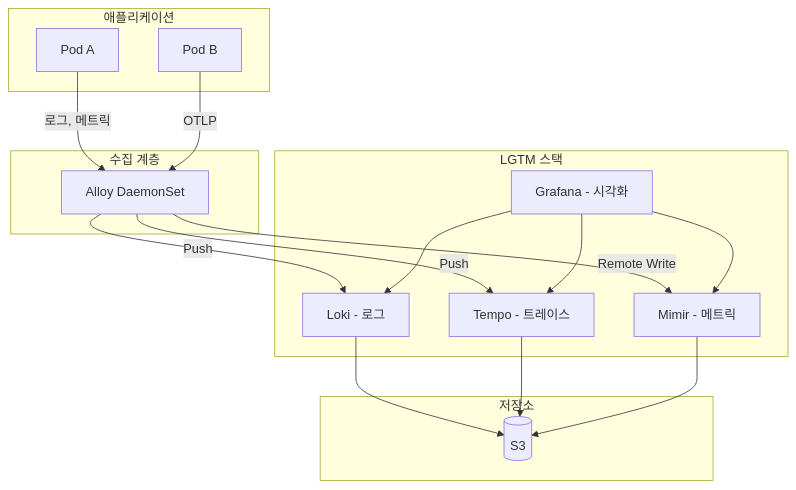
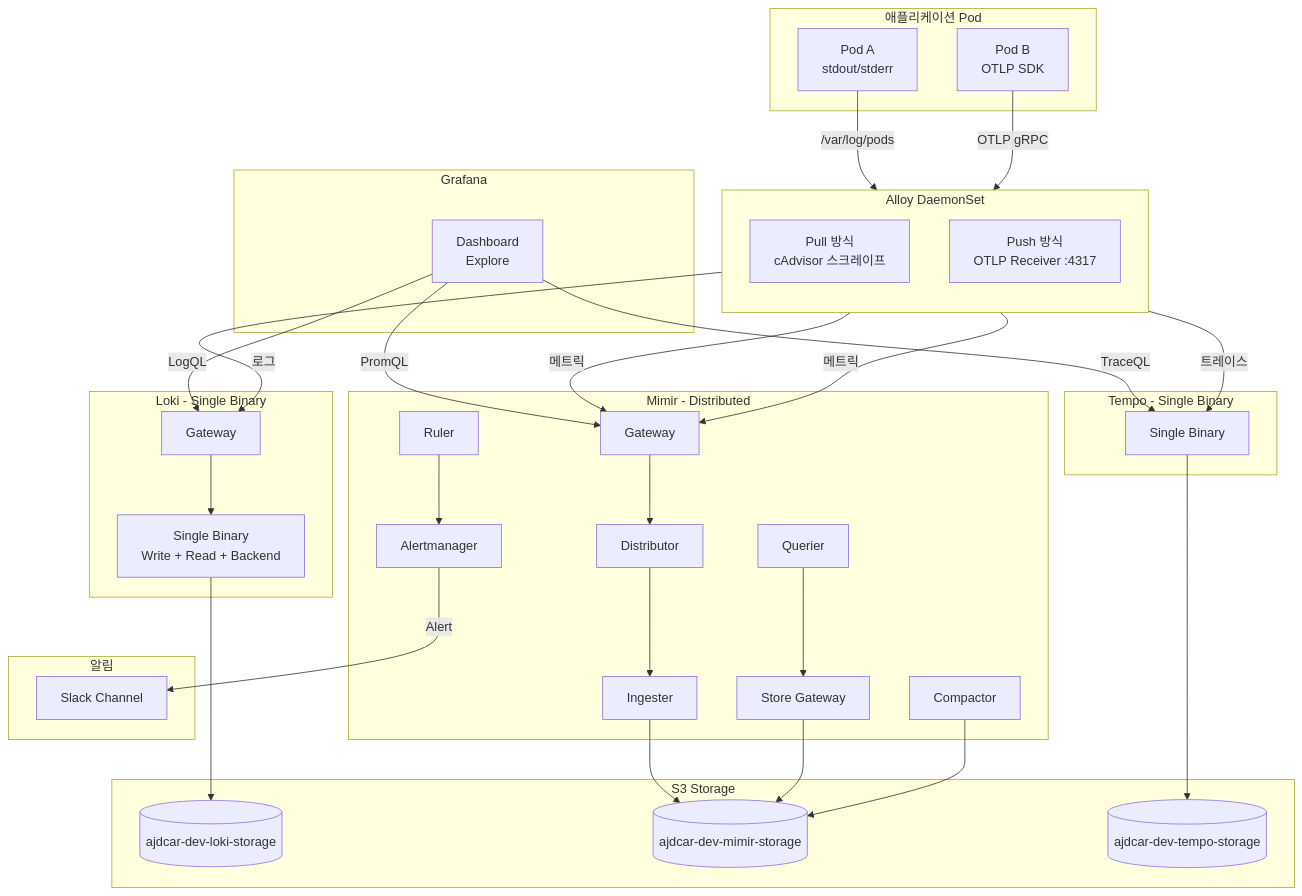
The diagram in content/observability/lgtm-stack.md (kimduksoo/duksoo-tech-blog), drawn with Mermaid before and after one commit.

Commit message:
LGTM 아키텍처 다이어그램 상세화

````diff
--- a/content/observability/lgtm-stack.md
+++ b/content/observability/lgtm-stack.md
@@ -24,34 +24,74 @@
 ```mermaid
 flowchart TB
-    subgraph Apps[애플리케이션]
-        App1[Pod A]
-        App2[Pod B]
+    subgraph Apps[애플리케이션 Pod]
+        App1[Pod A<br/>stdout/stderr]
+        App2[Pod B<br/>OTLP SDK]
     end
 
-    subgraph Collectors[수집 계층]
-        Alloy[Alloy DaemonSet]
+    subgraph Alloy[Alloy DaemonSet]
+        direction TB
+        Pull[Pull 방식<br/>cAdvisor 스크레이프]
+        Push[Push 방식<br/>OTLP Receiver :4317]
     end
 
-    subgraph LGTM[LGTM 스택]
-        Loki[Loki - 로그]
-        Tempo[Tempo - 트레이스]
-        Mimir[Mimir - 메트릭]
-        Grafana[Grafana - 시각화]
+    subgraph Loki[Loki - Single Binary]
+        LokiGW[Gateway]
+        LokiSB[Single Binary<br/>Write + Read + Backend]
     end
 
-    subgraph Storage[저장소]
-        S3[(S3)]
+    subgraph Mimir[Mimir - Distributed]
+        MimirGW[Gateway]
+        Distributor
+        Ingester
+        Querier
+        Compactor
+        StoreGW[Store Gateway]
+        Ruler
+        AM[Alertmanager]
     end
 
-    App1 -->|로그, 메트릭| Alloy
-    App2 -->|OTLP| Alloy
-    Alloy -->|Push| Loki
-    Alloy -->|Push| Tempo
-    Alloy -->|Remote Write| Mimir
-    Loki --> S3
-    Tempo --> S3
-    Mimir --> S3
-    Grafana --> Loki
-    Grafana --> Tempo
-    Grafana --> Mimir
+    subgraph Tempo[Tempo - Single Binary]
+        TempoSB[Single Binary]
+    end
+
+    subgraph Grafana[Grafana]
+        Dashboard[Dashboard<br/>Explore]
+    end
+
+    subgraph S3[S3 Storage]
+        S3Loki[(ajdcar-dev-loki-storage)]
+        S3Mimir[(ajdcar-dev-mimir-storage)]
+        S3Tempo[(ajdcar-dev-tempo-storage)]
+    end
+
+    subgraph Slack[알림]
+        SlackCh[Slack Channel]
+    end
+
+    %% 데이터 흐름
+    App1 -->|/var/log/pods| Pull
+    App2 -->|OTLP gRPC| Push
+
+    Pull -->|메트릭| MimirGW
+    Push -->|트레이스| TempoSB
+    Push -->|로그| LokiGW
+    Push -->|메트릭| MimirGW
+
+    LokiGW --> LokiSB
+    LokiSB --> S3Loki
+
+    MimirGW --> Distributor
+    Distributor --> Ingester
+    Ingester --> S3Mimir
+    Querier --> StoreGW
+    StoreGW --> S3Mimir
+    Compactor --> S3Mimir
+    Ruler --> AM
+    AM -->|Alert| SlackCh
+
+    TempoSB --> S3Tempo
+
+    Dashboard -->|LogQL| LokiGW
+    Dashboard -->|PromQL| MimirGW
+    Dashboard -->|TraceQL| TempoSB
 ```
````
